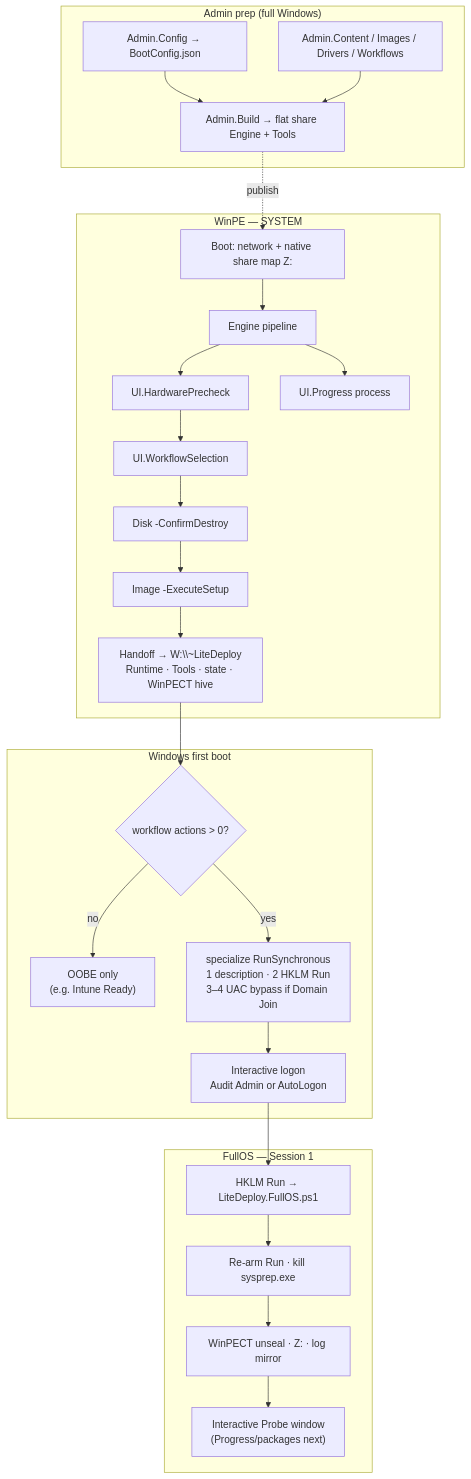
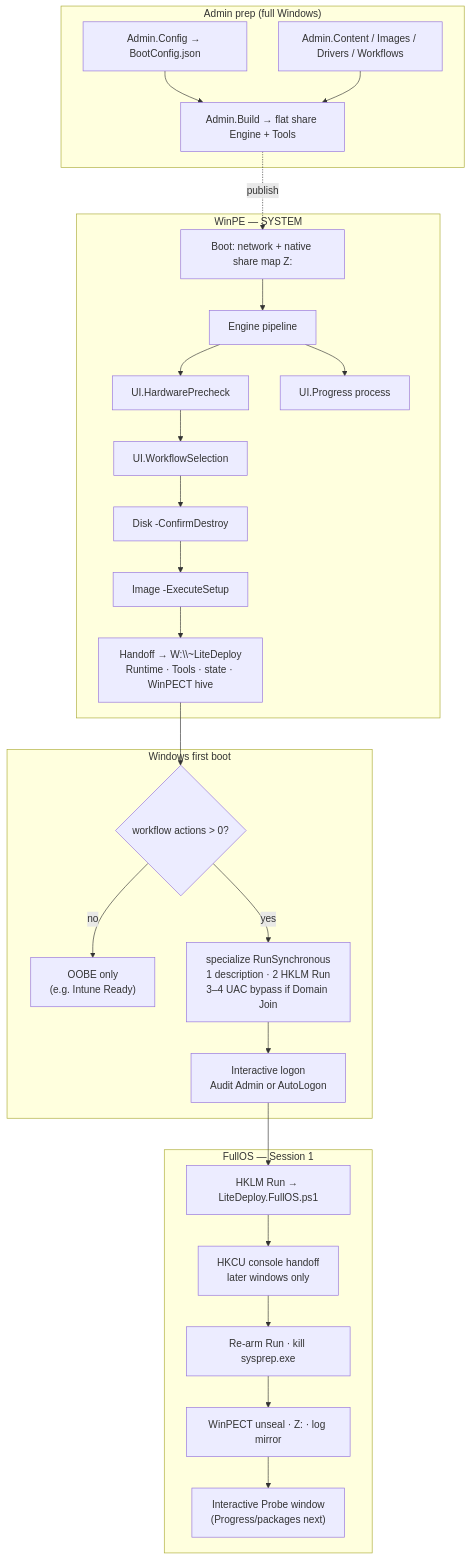
Before and after one commit to cmartineztech/LiteDeploy.Core: the diagram in README.md, drawn with Mermaid. The commit also changed other lines of this file and 9 other files, not shown here.

Commit message:
Document the edition title rule and the FullOS console handoff in the live guides.

````diff
--- a/README.md
+++ b/README.md
@@ -43,46 +43,47 @@
 ```mermaid
 flowchart TB
   subgraph AdminPrep["Admin prep (full Windows)"]
     Config["Admin.Config → BootConfig.json"]
     Content["Admin.Content / Images / Drivers / Workflows"]
     Build["Admin.Build → flat share Engine + Tools"]
     Config --> Build
     Content --> Build
   end
 
   subgraph WinPE["WinPE — SYSTEM"]
     Boot["Boot: network + native share map Z:"]
     Engine["Engine pipeline"]
     Pre["UI.HardwarePrecheck"]
     Sel["UI.WorkflowSelection"]
     Prog["UI.Progress process"]
     Disk["Disk -ConfirmDestroy"]
     Image["Image -ExecuteSetup"]
     Hand["Handoff → W:\\~LiteDeploy<br/>Runtime · Tools · state · WinPECT hive"]
     Boot --> Engine
     Engine --> Pre --> Sel
     Engine --> Prog
     Sel --> Disk --> Image --> Hand
   end
 
   subgraph FirstBoot["Windows first boot"]
     Gate{"workflow actions > 0?"}
     OOBE["OOBE only<br/>(e.g. Intune Ready)"]
     Spec["specialize RunSynchronous<br/>1 description · 2 HKLM Run<br/>3–4 UAC bypass if Domain Join"]
     Logon["Interactive logon<br/>Audit Admin or AutoLogon"]
     Gate -->|no| OOBE
     Gate -->|yes| Spec --> Logon
   end
 
   subgraph FullOS["FullOS — Session 1"]
     Run["HKLM Run → LiteDeploy.FullOS.ps1"]
+    Console["HKCU console handoff<br/>later windows only"]
     ReArm["Re-arm Run · kill sysprep.exe"]
     Secrets["WinPECT unseal · Z: · log mirror"]
     Probe["Interactive Probe window<br/>(Progress/packages next)"]
-    Run --> ReArm --> Secrets --> Probe
+    Run --> Console --> ReArm --> Secrets --> Probe
   end
 
   Build -.->|publish| Boot
   Hand --> Gate
   Logon --> Run
 ```
````
